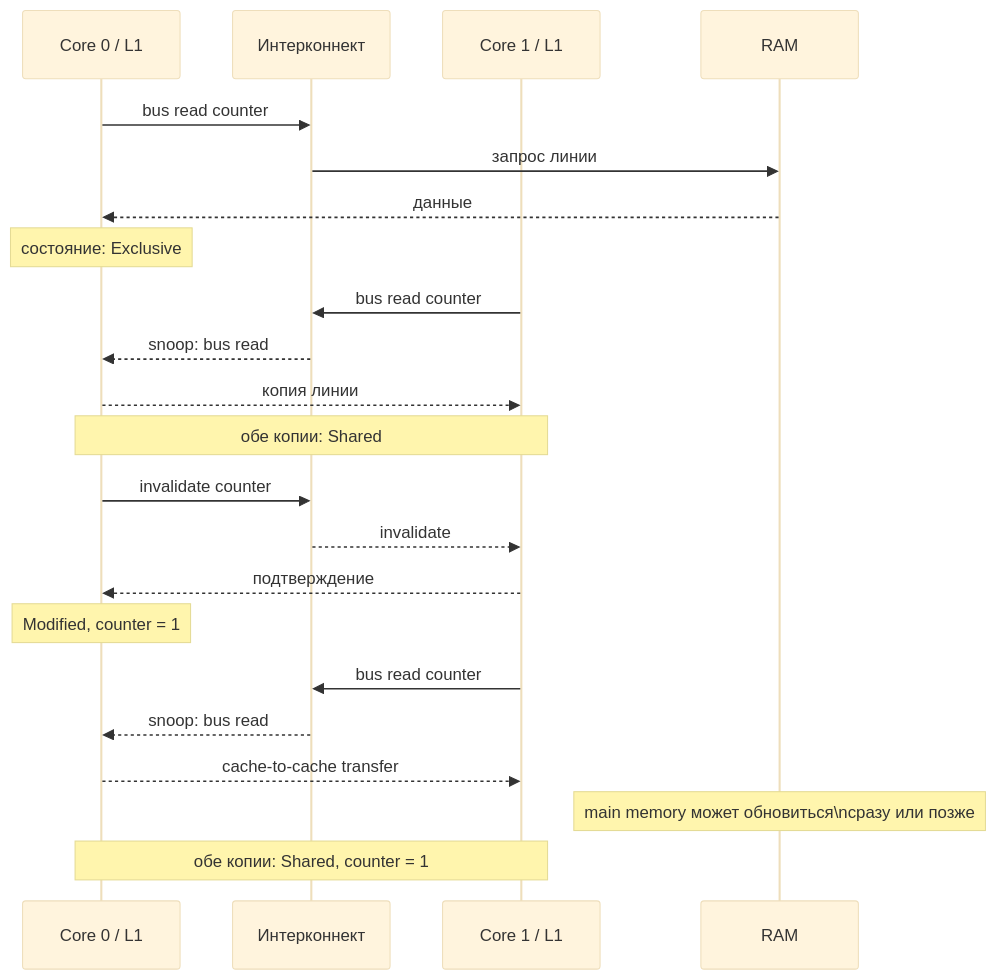
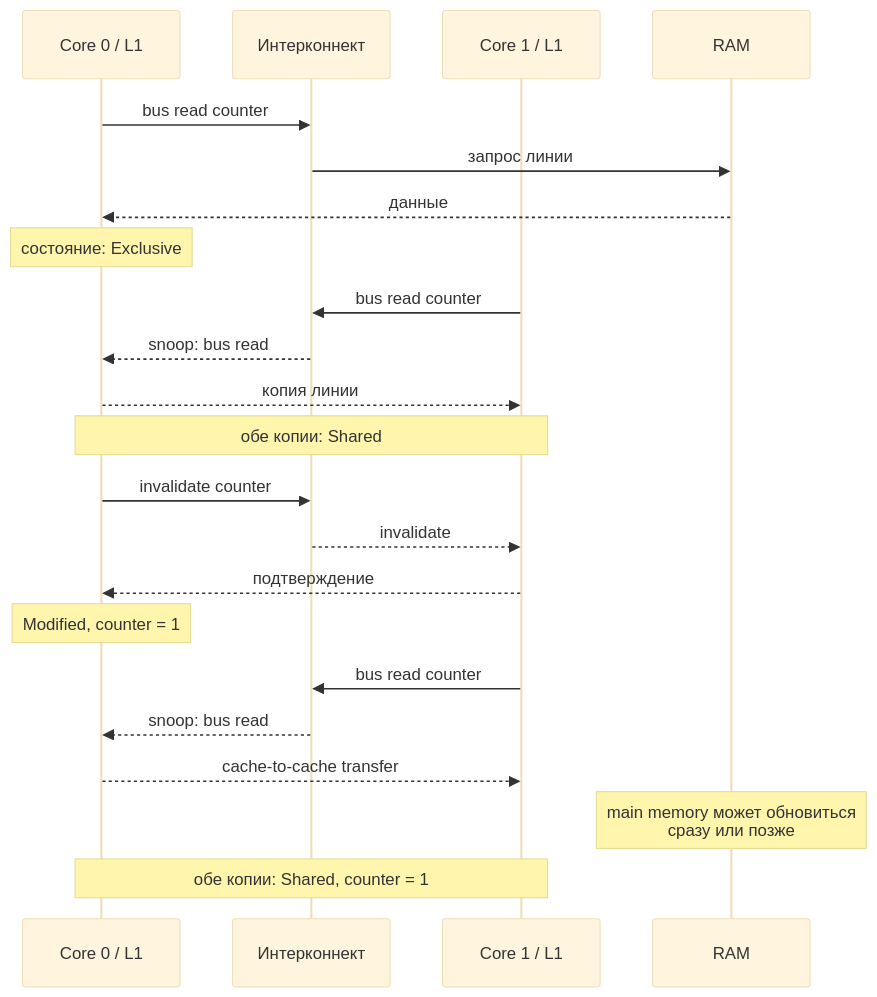
Before and after one commit to AlexeyMatskevich/cs-notes: the first of 3 diagrams in computer/data-path/01-cache-coherency.md, drawn with Mermaid (base theme). The commit also changed other lines of this file and 91 other files, not shown here.

````diff
--- a/computer/data-path/01-cache-coherency.md
+++ b/computer/data-path/01-cache-coherency.md
@@ -103,28 +103,28 @@
 ```mermaid
 sequenceDiagram
     participant C0 as Core 0 / L1
     participant BUS as Интерконнект
     participant C1 as Core 1 / L1
     participant RAM as RAM
 
     C0->>BUS: bus read counter
     BUS->>RAM: запрос линии
     RAM-->>C0: данные
     Note over C0: состояние: Exclusive
 
     C1->>BUS: bus read counter
     BUS-->>C0: snoop: bus read
     C0-->>C1: копия линии
     Note over C0,C1: обе копии: Shared
 
     C0->>BUS: invalidate counter
     BUS-->>C1: invalidate
     C1-->>C0: подтверждение
     Note over C0: Modified, counter = 1
 
     C1->>BUS: bus read counter
     BUS-->>C0: snoop: bus read
     C0-->>C1: cache-to-cache transfer
-    Note over RAM: main memory может обновиться\nсразу или позже
+    Note over RAM: main memory может обновиться<br>сразу или позже
     Note over C0,C1: обе копии: Shared, counter = 1
 ```
````
